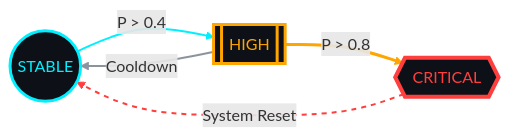
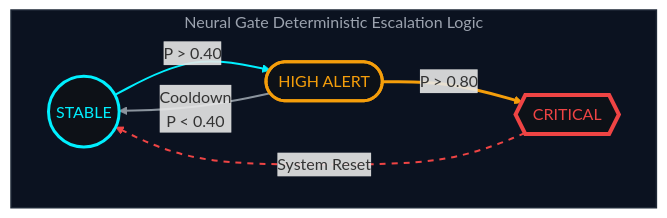
The diagram in README.md (ahmedxzarai/Neural-Gate-v3.1), drawn with Mermaid before and after one commit.

````diff
--- a/README.md
+++ b/README.md
@@ -111,24 +111,39 @@
 ```mermaid
-graph LR
-    %% Optimized Nodes
+flowchart LR
+    %% ===============================
+    %% NEURAL GATE — THREAT STATE MACHINE
+    %% ===============================
+
+    %% Core States
     S((STABLE))
-    H[[HIGH]]
+    H([HIGH ALERT])
     C{{CRITICAL}}
 
-    %% Transitions
-    S -- "P > 0.4" --> H
-    H -- "P > 0.8" --> C
-    C -. "System Reset" .-> S
-    H -- "Cooldown" --> S
+    %% Operational Subgraph
+    subgraph NG["Neural Gate Deterministic Escalation Logic"]
+        direction LR
+        S -->|P > 0.40| H
+        H -->|P > 0.80| C
+        H -->|Cooldown\nP < 0.40| S
+        C -.->|System Reset| S
+    end
 
-    %% Premium GitHub Dark-Mode Styling
+    %% ===============================
+    %% STATE STYLING (Premium Dark Mode)
+    %% ===============================
+
+    style NG fill:#0B1220,stroke:#1F2937,stroke-width:1.5px,color:#9CA3AF
+
     style S fill:#0D1117,stroke:#00F0FF,stroke-width:3px,color:#00F0FF
-    style H fill:#0D1117,stroke:#FFA500,stroke-width:3px,color:#FFA500
-    style C fill:#0D1117,stroke:#FF3E3E,stroke-width:4px,color:#FF3E3E
+    style H fill:#0D1117,stroke:#F59E0B,stroke-width:3px,color:#F59E0B
+    style C fill:#0D1117,stroke:#EF4444,stroke-width:4px,color:#EF4444
 
-    %% Link Styling
+    %% ===============================
+    %% LINK STYLING
+    %% ===============================
+
     linkStyle 0 stroke:#00F0FF,stroke-width:2px
-    linkStyle 1 stroke:#FFA500,stroke-width:3px
-    linkStyle 2 stroke:#FF3E3E,stroke-width:2px,stroke-dasharray: 5 5
-    linkStyle 3 stroke:#8B949E,stroke-width:2px
+    linkStyle 1 stroke:#F59E0B,stroke-width:3px
+    linkStyle 2 stroke:#8B949E,stroke-width:2px
+    linkStyle 3 stroke:#EF4444,stroke-width:2px,stroke-dasharray: 6 6
 ```
````
